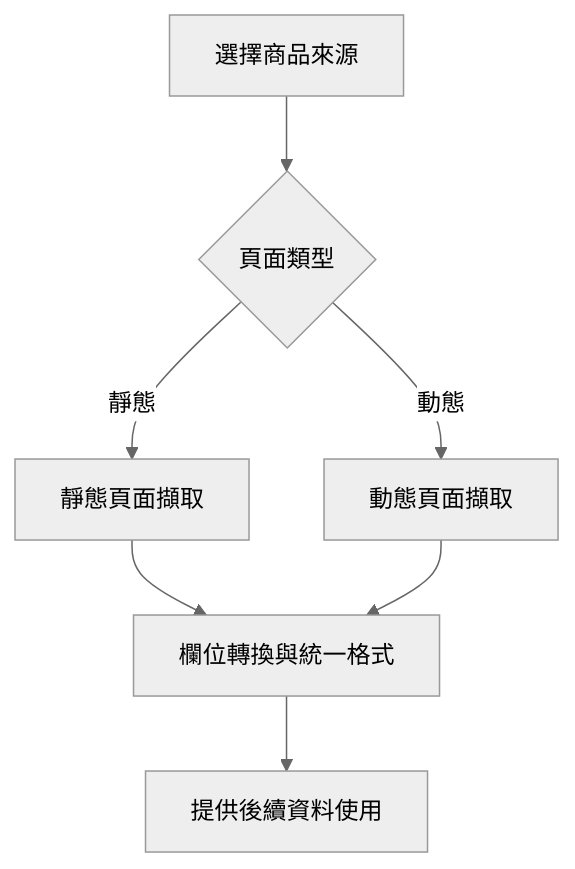
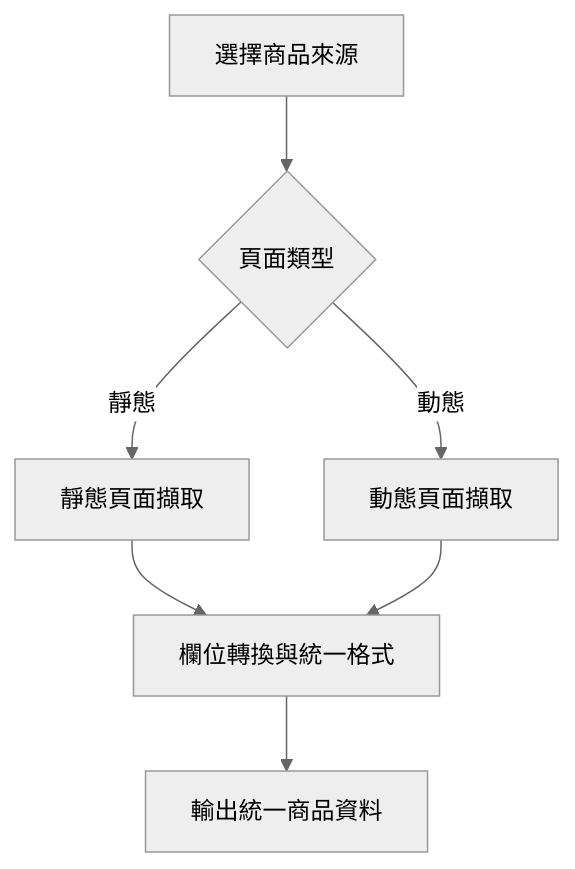
Before and after one commit to highhao/alcohol-product-scraper: the diagram in README.md, drawn with Mermaid (neutral theme).

Commit message:
Clarify portfolio architecture and presentation

````diff
--- a/README.md
+++ b/README.md
@@ -5,9 +5,9 @@
 ```mermaid
 flowchart TB
     A[選擇商品來源] --> B{頁面類型}
     B -->|靜態| C[靜態頁面擷取]
     B -->|動態| D[動態頁面擷取]
     C --> E[欄位轉換與統一格式]
     D --> E
-    E --> F[提供後續資料使用]
+    E --> F[輸出統一商品資料]
 ```
````
